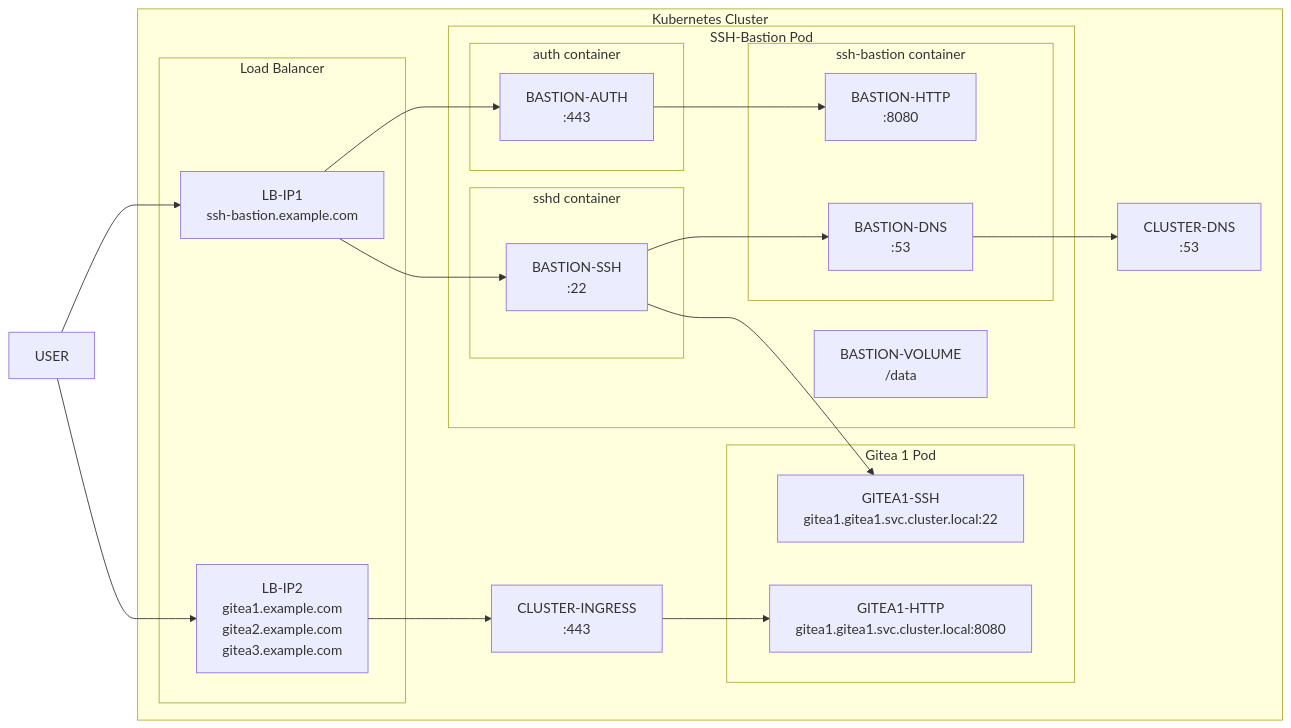
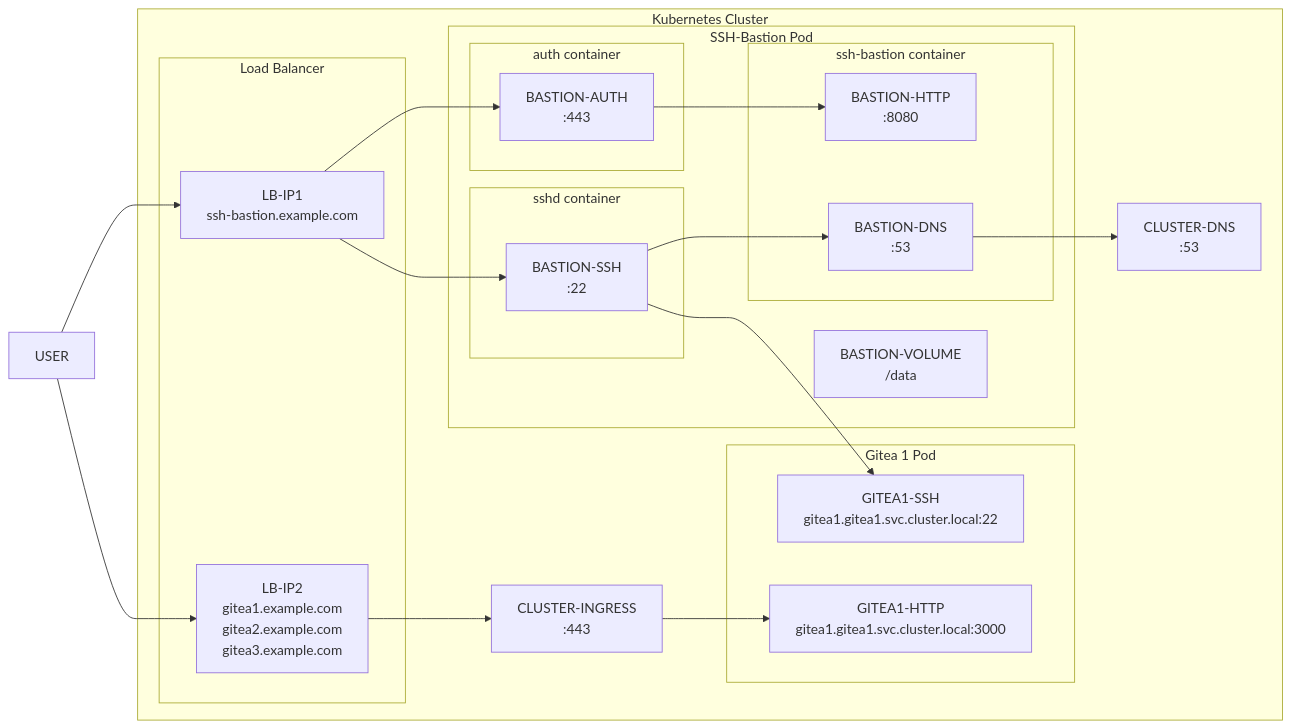
The diagram in README.md (kompox/ssh-bastion), drawn with Mermaid before and after one commit. The commit also changed other lines of this file, not shown here.

First line of the commit message:
docs(readme): Refine wording and fix Gitea HTTP port

````diff
--- a/README.md
+++ b/README.md
@@ -43,41 +43,41 @@
 ```mermaid
 flowchart LR
 
 USER
 subgraph Kubernetes Cluster
     subgraph Load Balancer
         LB-IP1["LB-IP1<br>ssh-bastion.example.com"]
         LB-IP2["LB-IP2<br>gitea1.example.com<br>gitea2.example.com<br>gitea3.example.com"]
     end
     subgraph "Gitea 1 Pod"
         GITEA-SSH["GITEA1-SSH<br>gitea1.gitea1.svc.cluster.local:22"]
-        GITEA-HTTP["GITEA1-HTTP<br>gitea1.gitea1.svc.cluster.local:8080"]
+        GITEA-HTTP["GITEA1-HTTP<br>gitea1.gitea1.svc.cluster.local:3000"]
     end
     subgraph "SSH-Bastion Pod"
         subgraph "auth container"
             BASTION-AUTH["BASTION-AUTH<br>:443"]
         end
         subgraph "sshd container"
             BASTION-SSH["BASTION-SSH<br>:22"]
         end
         subgraph "ssh-bastion container"
             BASTION-HTTP["BASTION-HTTP<br>:8080"]
             BASTION-DNS["BASTION-DNS<br>:53"]
         end
         BASTION-VOLUME[BASTION-VOLUME<br>/data]
     end
     CLUSTER-INGRESS["CLUSTER-INGRESS<br>:443"]
     CLUSTER-DNS["CLUSTER-DNS<br>:53"]
 end
 
 USER --> LB-IP1
 USER --> LB-IP2
 LB-IP1 --> BASTION-SSH
 LB-IP1 --> BASTION-AUTH
 LB-IP2 --> CLUSTER-INGRESS
 CLUSTER-INGRESS --> GITEA-HTTP
 BASTION-AUTH --> BASTION-HTTP
 BASTION-SSH --> BASTION-DNS
 BASTION-SSH --> GITEA-SSH
 BASTION-DNS --> CLUSTER-DNS
 ```
````
